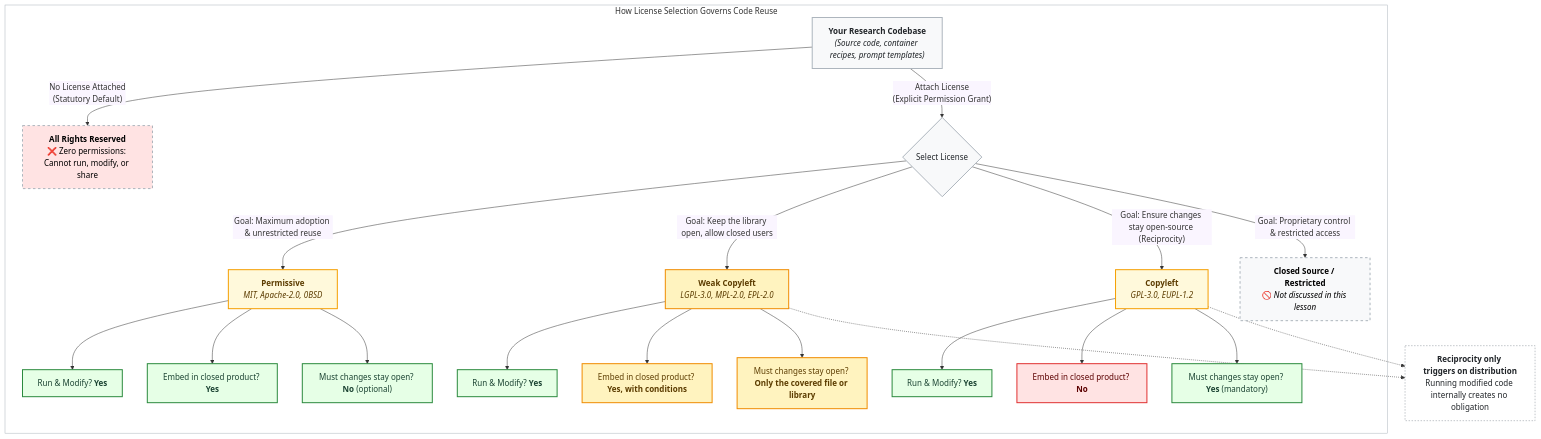
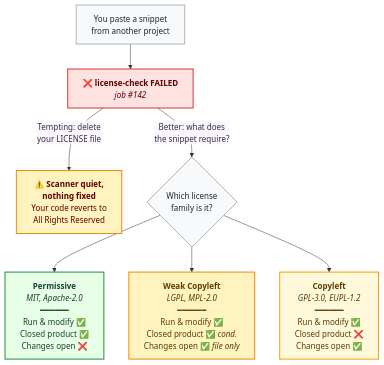
Before and after one commit to coderefinery/social-coding: the first of 3 diagrams in content/software-licensing.md, drawn with Mermaid. The commit also changed other lines of this file, not shown here.

Commit message:
improve motivation diagram

````diff
--- a/content/software-licensing.md
+++ b/content/software-licensing.md
@@ -52,55 +53,29 @@
 ```{mermaid}
-%%{init: {'themeVariables': { 'edgeLabelBackground': '#faf5ff' }}}%%
+%%{init: {'themeVariables': { 'edgeLabelBackground': '#faf5ff', 'fontSize': '16px' }}}%%
 
 flowchart TB
 
-  subgraph box["How License Selection Governs Code Reuse"]
-    A["<b>Your Research Codebase</b><br/><i>(Source code, container recipes, prompt templates)</i>"] -->|"No License Attached<br/>(Statutory Default)"| B["<b>All Rights Reserved</b><br/>❌ Zero permissions: Cannot run, modify, or share"]
+  P["You paste a snippet<br/>from another project"] --> J["❌ <b>license-check FAILED</b><br/><i>job #142</i>"]
 
-    A -->|"Attach License<br/>(Explicit Permission Grant)"| C{"Select License"}
+  J -->|"Tempting: delete<br/>your LICENSE file"| X["⚠️ <b>Scanner quiet,<br/>nothing fixed</b><br/>Your code reverts to<br/>All Rights Reserved"]
 
-    C -->|"Goal: Maximum adoption & unrestricted reuse"| D["<b>Permissive</b><br/><i>MIT, Apache-2.0, 0BSD</i>"]
-    C -->|"Goal: Keep the library open, allow closed users"| W["<b>Weak Copyleft</b><br/><i>LGPL-3.0, MPL-2.0, EPL-2.0</i>"]
-    C -->|"Goal: Ensure changes stay open-source (Reciprocity)"| E["<b>Copyleft</b><br/><i>GPL-3.0, EUPL-1.2</i>"]
-    C -->|"Goal: Proprietary control & restricted access"| F["<b>Closed Source / Restricted</b><br/>🚫 <i>Not discussed in this lesson</i>"]
+  J -->|"Better: what does<br/>the snippet require?"| Q{"Which license<br/>family is it?"}
 
-    D --> D1["Run & Modify? <b>Yes</b>"]
-    D --> D2["Embed in closed product? <b>Yes</b>"]
-    D --> D3["Must changes stay open? <b>No</b> (optional)"]
-
-    W --> W1["Run & Modify? <b>Yes</b>"]
-    W --> W2["Embed in closed product? <b>Yes, with conditions</b>"]
-    W --> W3["Must changes stay open? <b>Only the covered file or library</b>"]
-
-    E --> E1["Run & Modify? <b>Yes</b>"]
-    E --> E2["Embed in closed product? <b>No</b>"]
-    E --> E3["Must changes stay open? <b>Yes</b> (mandatory)"]
-  end
-
-  G["<b>Reciprocity only triggers on distribution</b><br/>Running modified code internally creates no obligation"]
-  E -.-> G
-  W -.-> G
+  Q --> D["<b>Permissive</b><br/><i>MIT, Apache-2.0</i><br/>━━━━━━<br/>Run &amp; modify ✅<br/>Closed product ✅<br/>Changes open ❌"]
+  Q --> W["<b>Weak Copyleft</b><br/><i>LGPL, MPL-2.0</i><br/>━━━━━━<br/>Run &amp; modify ✅<br/>Closed product ✅ <i>cond.</i><br/>Changes open ✅ <i>file only</i>"]
+  Q --> E["<b>Copyleft</b><br/><i>GPL-3.0, EUPL-1.2</i><br/>━━━━━━<br/>Run &amp; modify ✅<br/>Closed product ❌<br/>Changes open ✅"]
 
    classDef green fill:#e6ffe6,stroke:#2b8a3e,stroke-width:2px,color:#1b4332;
-   classDef red fill:#ffe3e3,stroke:#e03131,stroke-width:2px,color:#5c0000;
+   classDef amber fill:#fff3bf,stroke:#f08c00,stroke-width:2px,color:#5c3c00;
    classDef yellow fill:#fff9db,stroke:#f59f00,stroke-width:2px,color:#5c3c00;
-   classDef amber fill:#fff3bf,stroke:#f08c00,stroke-width:2px,color:#5c3c00;
+   classDef fail fill:#ffe3e3,stroke:#e03131,stroke-width:2px,color:#5c0000;
+   classDef warning fill:#fff3bf,stroke:#f08c00,stroke-width:2px,color:#5c0000;
    classDef white fill:#f8f9fa,stroke:#adb5bd,stroke-width:2px,color:#212529;
-   classDef dashed fill:#f8f9fa,stroke:#adb5bd,stroke-width:2px,stroke-dasharray: 5 5,color:#000000;
-   classDef dashed_red fill:#ffe3e3,stroke:#adb5bd,stroke-width:2px,stroke-dasharray: 5 5,color:#000000;
-   classDef note fill:#ffffff,stroke:#868e96,stroke-width:1px,stroke-dasharray: 3 3,color:#212529;
-   classDef box_fill fill:#ffffff,stroke:#adb5bd,stroke-width:1px;
 
-   class D1,D2,D3,W1,E1 green;
-   class W2,W3 amber;
-   class E2 red;
-   class E3 green;
-   class D yellow;
+   class D green;
    class W amber;
    class E yellow;
-   class F dashed;
-   class B dashed_red;
-   class A,C white;
-   class G note;
-   class box box_fill;
+   class J fail;
+   class X warning;
+   class P,Q white;
 ```
````
